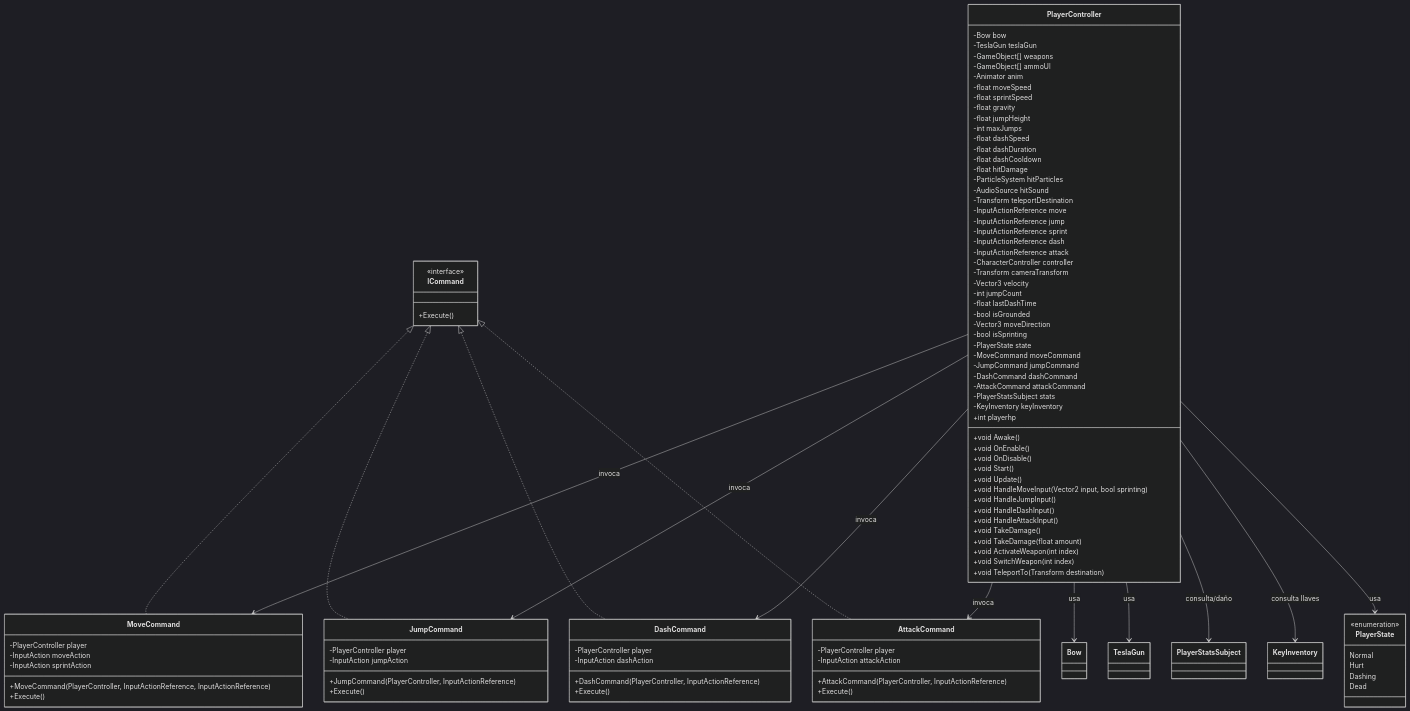
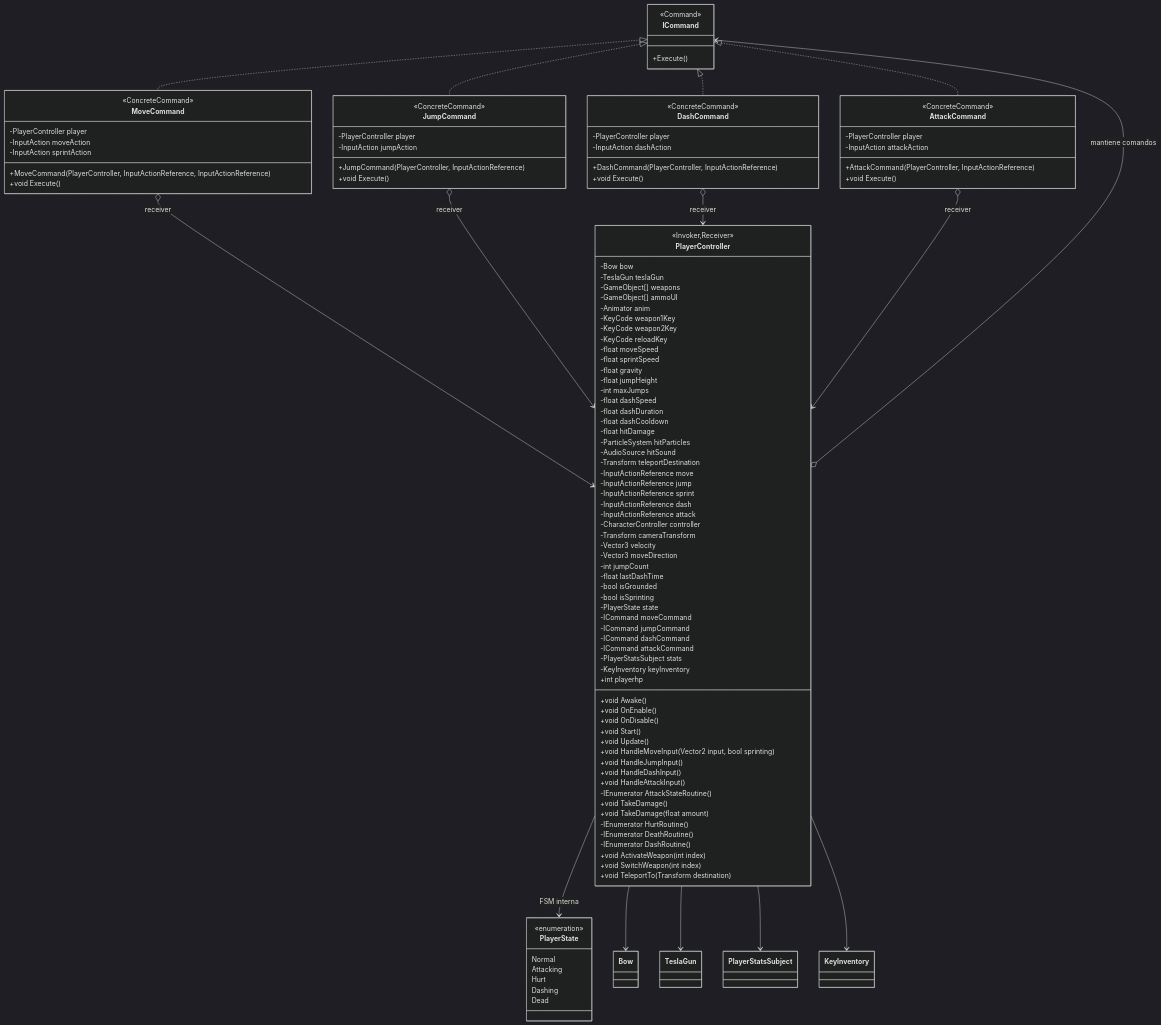
One commit to darwok/TheNewFrontier changed the second of 6 diagrams in README.md. Above: the diagram before and after it, drawn with Mermaid (dark theme). The commit also changed other lines of this file, not shown here.

````diff
--- a/README.md
+++ b/README.md
@@ -77,53 +85,64 @@
 ```mermaid
 classDiagram
+direction TB
+
 class ICommand {
-  <<interface>>
+  <<Command>>
   +Execute()
 }
 
 class MoveCommand {
+  <<ConcreteCommand>>
   -PlayerController player
   -InputAction moveAction
   -InputAction sprintAction
   +MoveCommand(PlayerController, InputActionReference, InputActionReference)
-  +Execute()
+  +void Execute()
 }
 
 class JumpCommand {
+  <<ConcreteCommand>>
   -PlayerController player
   -InputAction jumpAction
   +JumpCommand(PlayerController, InputActionReference)
-  +Execute()
+  +void Execute()
 }
 
 class DashCommand {
+  <<ConcreteCommand>>
   -PlayerController player
   -InputAction dashAction
   +DashCommand(PlayerController, InputActionReference)
-  +Execute()
+  +void Execute()
 }
 
 class AttackCommand {
+  <<ConcreteCommand>>
   -PlayerController player
   -InputAction attackAction
   +AttackCommand(PlayerController, InputActionReference)
-  +Execute()
+  +void Execute()
 }
 
 class PlayerState {
   <<enumeration>>
   Normal
+  Attacking
   Hurt
   Dashing
   Dead
 }
 
 class PlayerController {
+  <<Invoker,Receiver>>
   -Bow bow
   -TeslaGun teslaGun
   -GameObject[] weapons
   -GameObject[] ammoUI
   -Animator anim
+  -KeyCode weapon1Key
+  -KeyCode weapon2Key
+  -KeyCode reloadKey
   -float moveSpeed
   -float sprintSpeed
   -float gravity
@@ -144,16 +163,16 @@
   -CharacterController controller
   -Transform cameraTransform
   -Vector3 velocity
+  -Vector3 moveDirection
   -int jumpCount
   -float lastDashTime
   -bool isGrounded
-  -Vector3 moveDirection
   -bool isSprinting
   -PlayerState state
-  -MoveCommand moveCommand
-  -JumpCommand jumpCommand
-  -DashCommand dashCommand
-  -AttackCommand attackCommand
+  -ICommand moveCommand
+  -ICommand jumpCommand
+  -ICommand dashCommand
+  -ICommand attackCommand
   -PlayerStatsSubject stats
   -KeyInventory keyInventory
   +int playerhp
@@ -166,8 +185,12 @@
   +void HandleJumpInput()
   +void HandleDashInput()
   +void HandleAttackInput()
+  -IEnumerator AttackStateRoutine()
   +void TakeDamage()
   +void TakeDamage(float amount)
+  -IEnumerator HurtRoutine()
+  -IEnumerator DeathRoutine()
+  -IEnumerator DashRoutine()
   +void ActivateWeapon(int index)
   +void SwitchWeapon(int index)
   +void TeleportTo(Transform destination)
@@ -178,13 +201,15 @@
 ICommand <|.. DashCommand
 ICommand <|.. AttackCommand
 
-PlayerController --> MoveCommand : invoca
-PlayerController --> JumpCommand : invoca
-PlayerController --> DashCommand : invoca
-PlayerController --> AttackCommand : invoca
-PlayerController --> Bow : usa
-PlayerController --> TeslaGun : usa
-PlayerController --> PlayerStatsSubject : consulta/daño
-PlayerController --> KeyInventory : consulta llaves
-PlayerController --> PlayerState : usa
+PlayerController o--> ICommand : mantiene comandos
+MoveCommand o--> PlayerController : receiver
+JumpCommand o--> PlayerController : receiver
+DashCommand o--> PlayerController : receiver
+AttackCommand o--> PlayerController : receiver
+
+PlayerController --> PlayerState : FSM interna
+PlayerController --> Bow
+PlayerController --> TeslaGun
+PlayerController --> PlayerStatsSubject
+PlayerController --> KeyInventory
 ```
````
